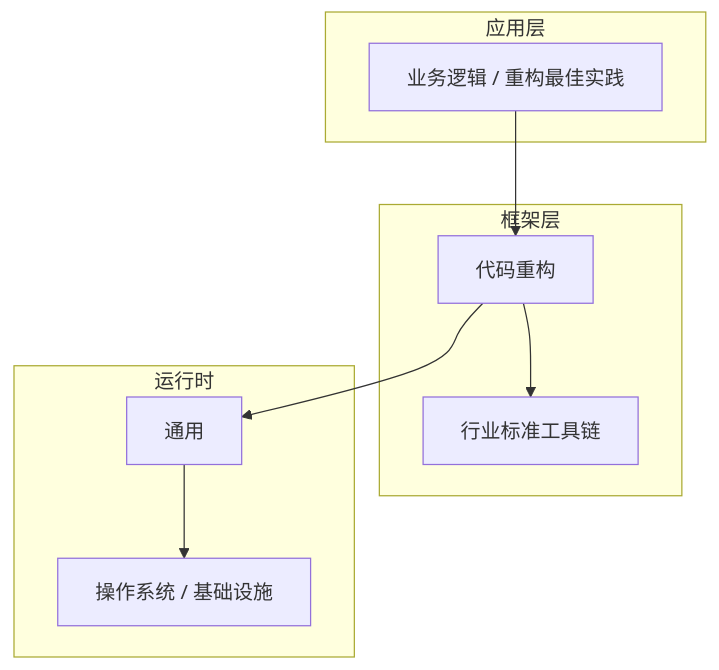
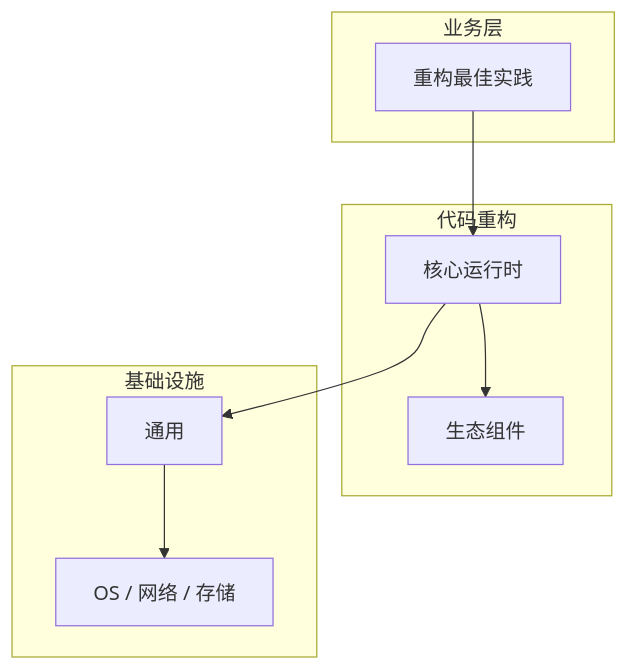
One commit to yanggan2015/knowledge-json-v2 changed the diagram in articles/代码重构/chapters/076-重构最佳实践核心概念与原理.md. Above: the diagram before and after it, drawn with Mermaid. The commit also changed other lines of this file and 10127 other files, not shown here.

````diff
--- a/articles/代码重构/chapters/076-重构最佳实践核心概念与原理.md
+++ b/articles/代码重构/chapters/076-重构最佳实践核心概念与原理.md
@@ -45,18 +34,18 @@
 ```mermaid
 graph TB
-    subgraph 应用层
-        A[业务逻辑 / 重构最佳实践]
+    subgraph 业务层
+        A[重构最佳实践]
     end
-    subgraph 框架层
-        B[代码重构]
-        C[行业标准工具链]
+    subgraph 代码重构
+        B[核心运行时]
+        C[生态组件]
     end
-    subgraph 运行时
+    subgraph 基础设施
         D[通用]
-        E[操作系统 / 基础设施]
+        E[OS / 网络 / 存储]
     end
     A --> B
     B --> C
     B --> D
     D --> E
 ```
````
